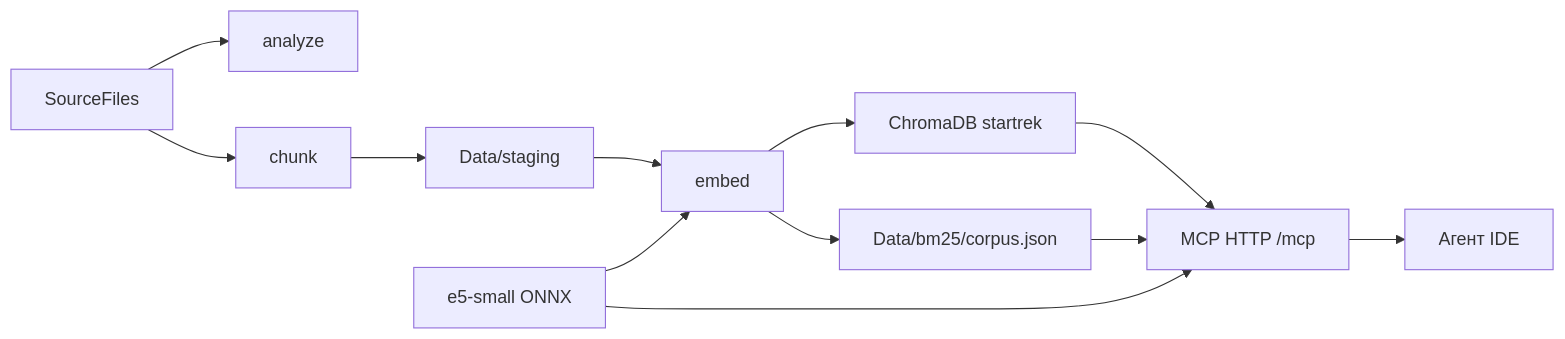
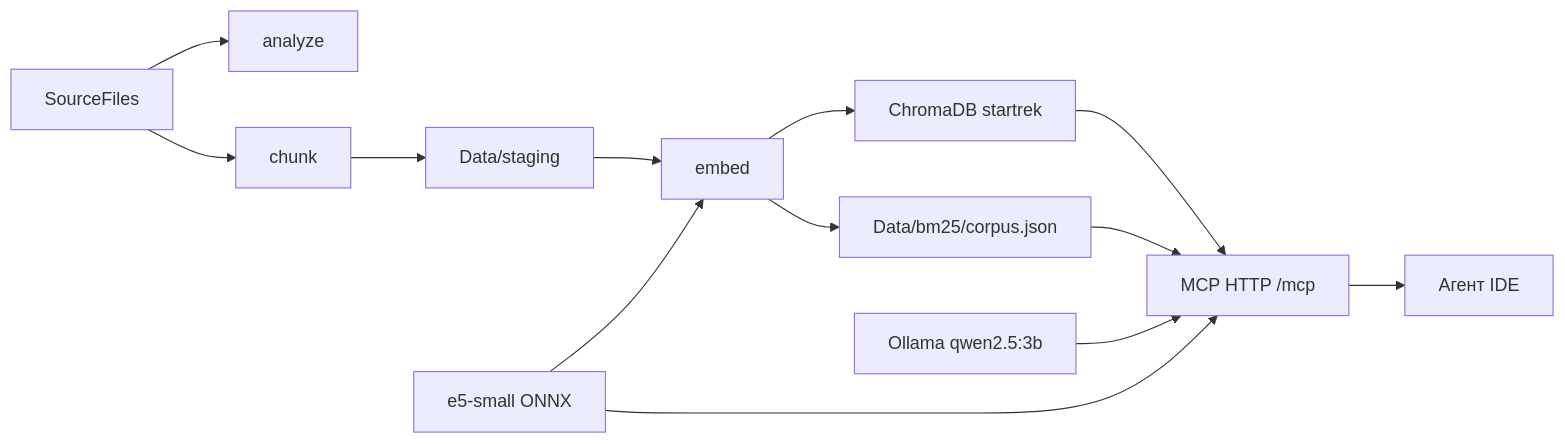
Before and after one commit to luna-pulse/MCP.RAG.StarTrek: the first of 3 diagrams in ARCHITECTURE.md, drawn with Mermaid. The commit also changed other lines of this file and 33 other files, not shown here.

````diff
--- a/ARCHITECTURE.md
+++ b/ARCHITECTURE.md
@@ -23,14 +24,15 @@
 ```mermaid
 flowchart LR
   sourceFiles[SourceFiles] --> analyze[analyze]
   sourceFiles --> chunk[chunk]
   chunk --> staging[Data/staging]
   onnx[e5-small ONNX] --> embed[embed]
   staging --> embed
   embed --> chroma[ChromaDB startrek]
   embed --> bm25[Data/bm25/corpus.json]
   bm25 --> mcp[MCP HTTP /mcp]
   chroma --> mcp
   onnx --> mcp
+  ollama[Ollama qwen2.5:3b] --> mcp
   mcp --> client[Агент IDE]
 ```
````
